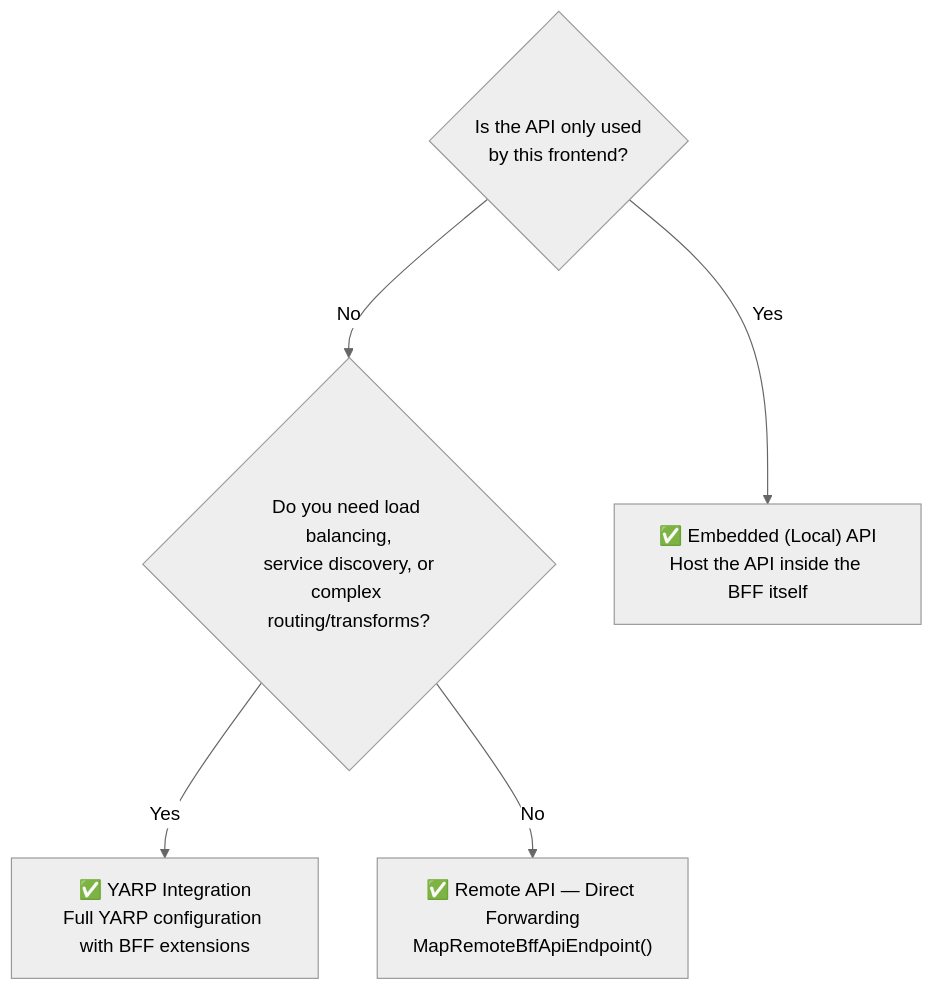
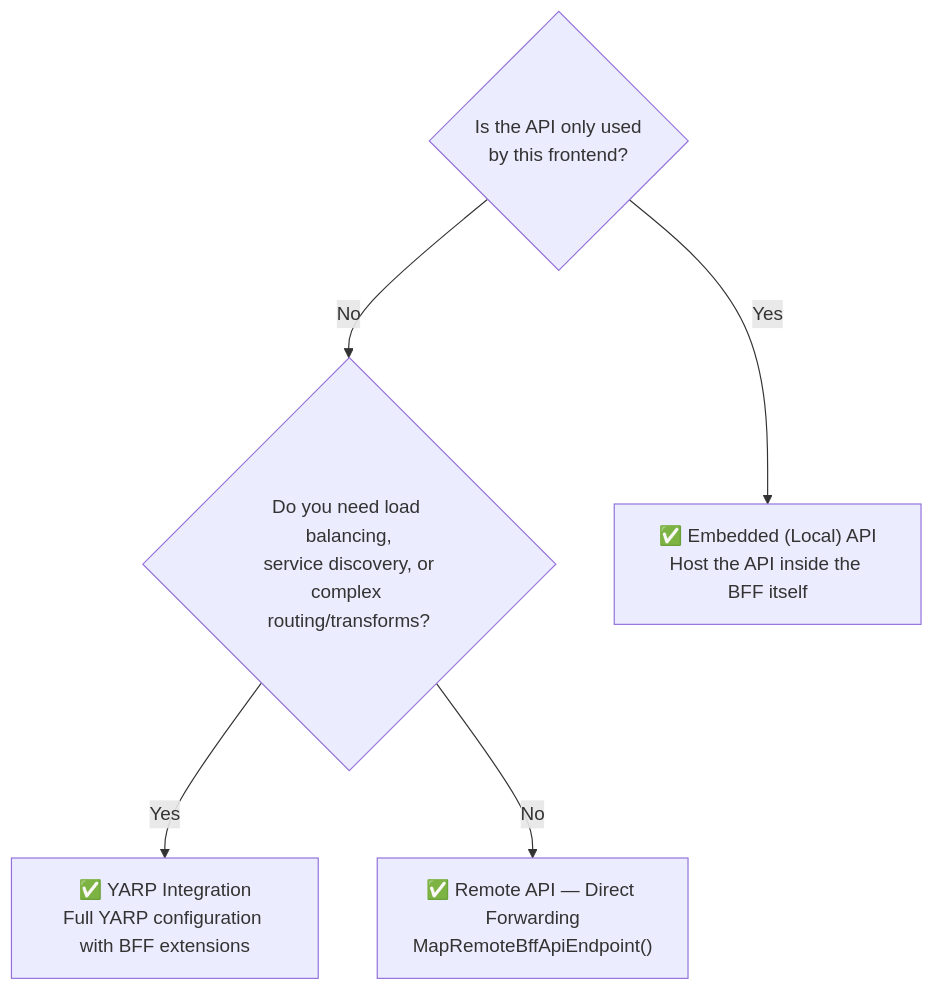
One commit to DuendeSoftware/docs.duendesoftware.com changed the diagram in astro/src/content/docs/bff/fundamentals/apis/index.md. Above: the diagram before and after it, drawn with Mermaid. The commit also changed 7 other files, not shown here.

Commit message:
Remove redundant Mermaid theme initialization tags across BFF documentation and improve content structure for clarity.

````diff
--- a/astro/src/content/docs/bff/fundamentals/apis/index.md
+++ b/astro/src/content/docs/bff/fundamentals/apis/index.md
@@ -20,15 +20,14 @@
 ```mermaid
-%%{ init: { 'theme': 'neutral' } }%%
 flowchart TD
     Q1{"Is the API only used<br/>by this frontend?"}
     Q2{"Do you need load balancing,<br/>service discovery, or<br/>complex routing/transforms?"}
 
     Local["✅ Embedded (Local) API<br/>Host the API inside the BFF itself"]
     Remote["✅ Remote API — Direct Forwarding<br/>MapRemoteBffApiEndpoint()"]
     Yarp["✅ YARP Integration<br/>Full YARP configuration with BFF extensions"]
 
     Q1 -->|Yes| Local
     Q1 -->|No| Q2
     Q2 -->|Yes| Yarp
     Q2 -->|No| Remote
 ```
````
